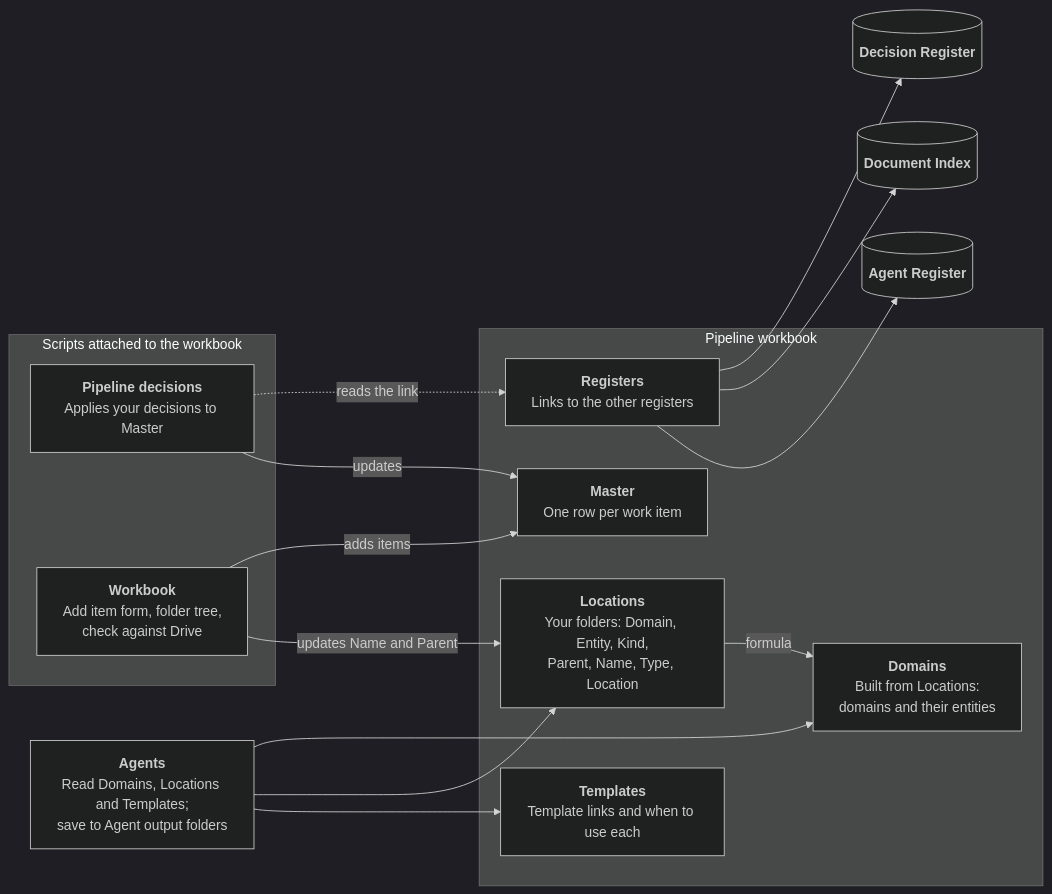
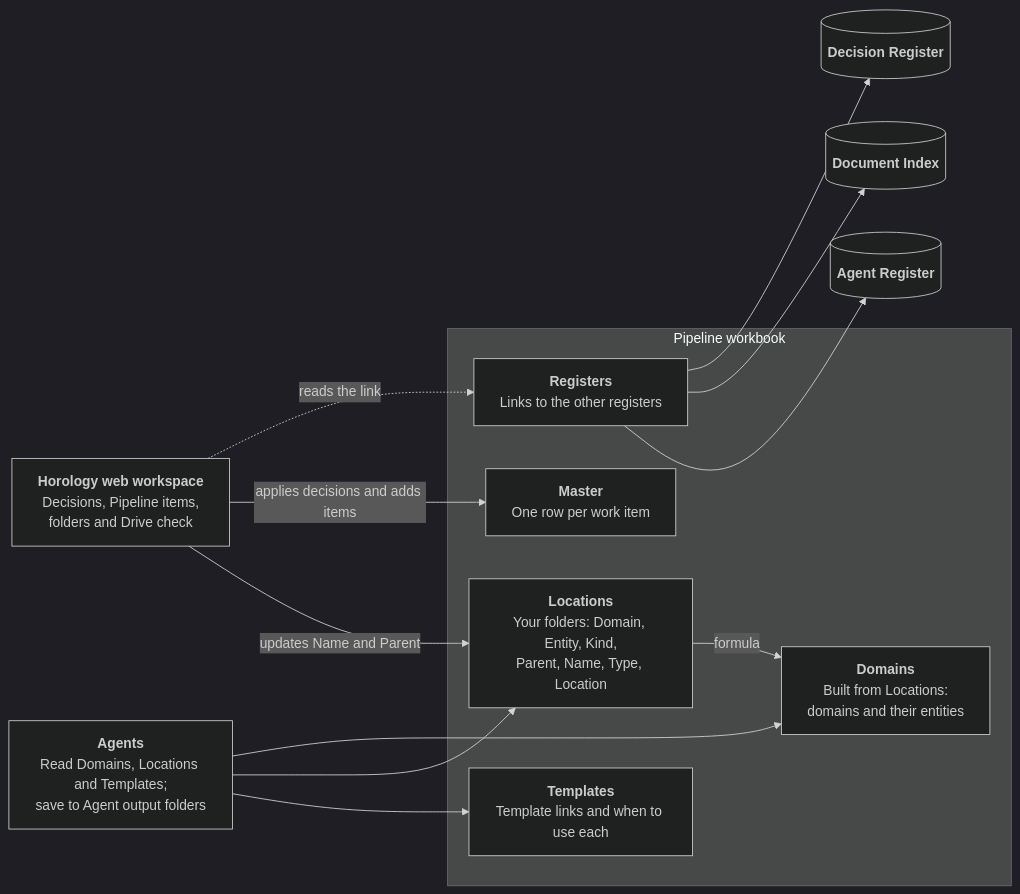
One commit to Welladino/Horology changed the second of 3 diagrams in docs/runbook/setup/setup.md. Above: the diagram before and after it, drawn with Mermaid (dark theme). The commit also changed other lines of this file and 48 other files, not shown here.

Commit message:
Add Horology workspace reviews, folders, and Stage 4 synthesis

````diff
--- a/docs/runbook/setup/setup.md
+++ b/docs/runbook/setup/setup.md
@@ -53,29 +53,25 @@
 ```mermaid
 flowchart LR
   subgraph wb["Pipeline workbook"]
     master["<b>Master</b><br/>One row per work item"]
     locations["<b>Locations</b><br/>Your folders: Domain, Entity, Kind,<br/>Parent, Name, Type, Location"]
     domains["<b>Domains</b><br/>Built from Locations:<br/>domains and their entities"]
     templates["<b>Templates</b><br/>Template links and when to use each"]
     registers["<b>Registers</b><br/>Links to the other registers"]
     locations -- "formula" --> domains
   end
   dr[("<b>Decision Register</b>")]
   di[("<b>Document Index</b>")]
   ar[("<b>Agent Register</b>")]
   registers --> dr
   registers --> di
   registers --> ar
-  subgraph scripts["Scripts attached to the workbook"]
-    decisions["<b>Pipeline decisions</b><br/>Applies your decisions to Master"]
-    locscript["<b>Workbook</b><br/>Add item form, folder tree,<br/>check against Drive"]
-  end
-  decisions -. "reads the link" .-> registers
-  decisions -- "updates" --> master
-  locscript -- "adds items" --> master
-  locscript -- "updates Name and Parent" --> locations
+  workspace["<b>Horology web workspace</b><br/>Decisions, Pipeline items,<br/>folders and Drive check"]
+  workspace -. "reads the link" .-> registers
+  workspace -- "applies decisions and adds items" --> master
+  workspace -- "updates Name and Parent" --> locations
   agents["<b>Agents</b><br/>Read Domains, Locations and Templates;<br/>save to Agent output folders"]
   agents --> domains
   agents --> locations
   agents --> templates
 ```
````
